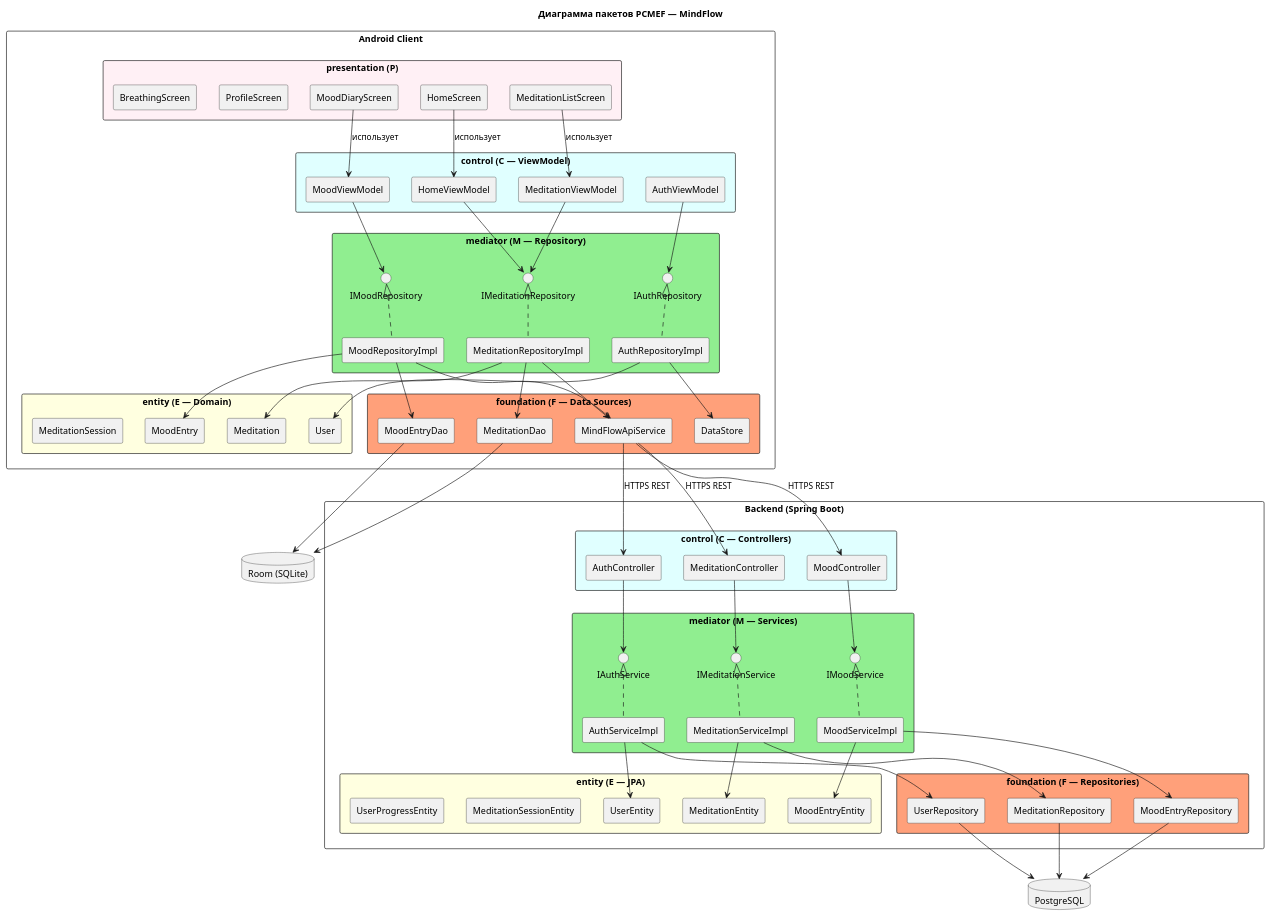
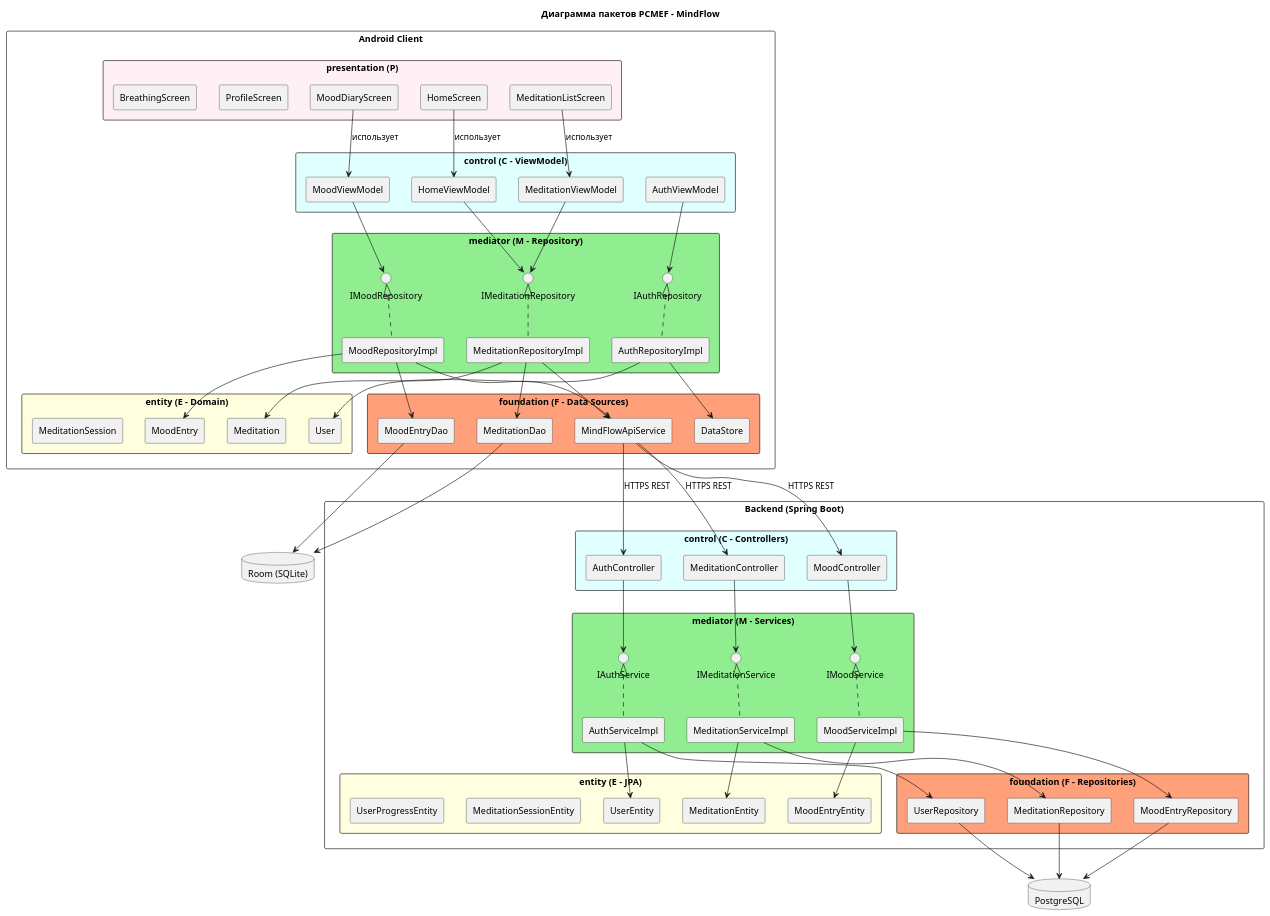
Before and after one commit to Diana130613/MindFlow: the second of 3 diagrams in docs/02-architecture/arc42-overview.md, drawn with PlantUML. The commit also changed other lines of this file and 30 other files, not shown here.

```diff
--- a/docs/02-architecture/arc42-overview.md
+++ b/docs/02-architecture/arc42-overview.md
@@ -186,6 +186,6 @@
 @startuml
 skinparam packageStyle rectangle
-title Диаграмма пакетов PCMEF — MindFlow
+title Диаграмма пакетов PCMEF - MindFlow
 
 package "Android Client" {
 
@@ -197,14 +197,14 @@
 rectangle "BreathingScreen" as P5
 }
 
-package "control (C — ViewModel)" #LightCyan {
+package "control (C - ViewModel)" #LightCyan {
 rectangle "HomeViewModel" as C1
 rectangle "MeditationViewModel" as C2
 rectangle "MoodViewModel" as C3
 rectangle "AuthViewModel" as C4
 }
 
-package "mediator (M — Repository)" #LightGreen {
+package "mediator (M - Repository)" #LightGreen {
 interface "IMeditationRepository" as IM1
 interface "IMoodRepository" as IM2
 interface "IAuthRepository" as IM3
@@ -213,14 +213,14 @@
 rectangle "AuthRepositoryImpl" as M3
 }
 
-package "entity (E — Domain)" #LightYellow {
+package "entity (E - Domain)" #LightYellow {
 rectangle "Meditation" as E1
 rectangle "MoodEntry" as E2
 rectangle "User" as E3
 rectangle "MeditationSession" as E4
 }
 
-package "foundation (F — Data Sources)" #LightSalmon {
+package "foundation (F - Data Sources)" #LightSalmon {
 rectangle "MeditationDao" as F1
 rectangle "MoodEntryDao" as F2
 rectangle "MindFlowApiService" as F3
@@ -230,13 +230,13 @@
 
 package "Backend (Spring Boot)" {
 
-package "control (C — Controllers)" #LightCyan {
+package "control (C - Controllers)" #LightCyan {
 rectangle "AuthController" as BC1
 rectangle "MeditationController" as BC2
 rectangle "MoodController" as BC3
 }
 
-package "mediator (M — Services)" #LightGreen {
+package "mediator (M - Services)" #LightGreen {
 interface "IAuthService" as BM1
 interface "IMeditationService" as BM2
 interface "IMoodService" as BM3
@@ -245,7 +245,7 @@
 rectangle "MoodServiceImpl" as BS3
 }
 
-package "entity (E — JPA)" #LightYellow {
+package "entity (E - JPA)" #LightYellow {
 rectangle "UserEntity" as BE1
 rectangle "MeditationEntity" as BE2
 rectangle "MoodEntryEntity" as BE3
@@ -253,7 +253,7 @@
 rectangle "UserProgressEntity" as BE5
 }
 
-package "foundation (F — Repositories)" #LightSalmon {
+package "foundation (F - Repositories)" #LightSalmon {
 rectangle "UserRepository" as BF1
 rectangle "MeditationRepository" as BF2
 rectangle "MoodEntryRepository" as BF3
```
